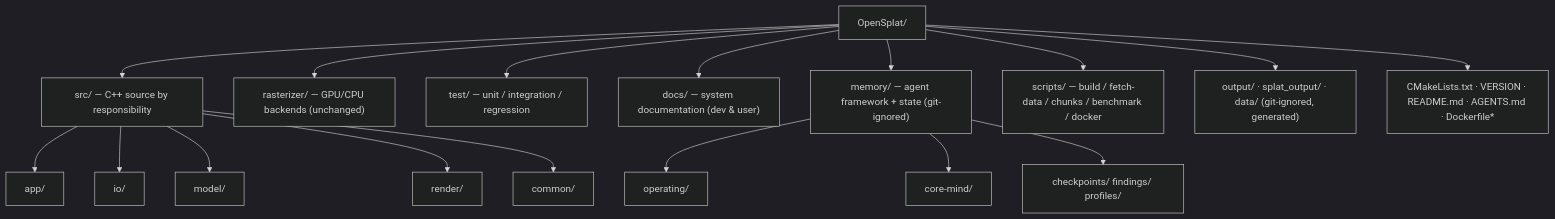
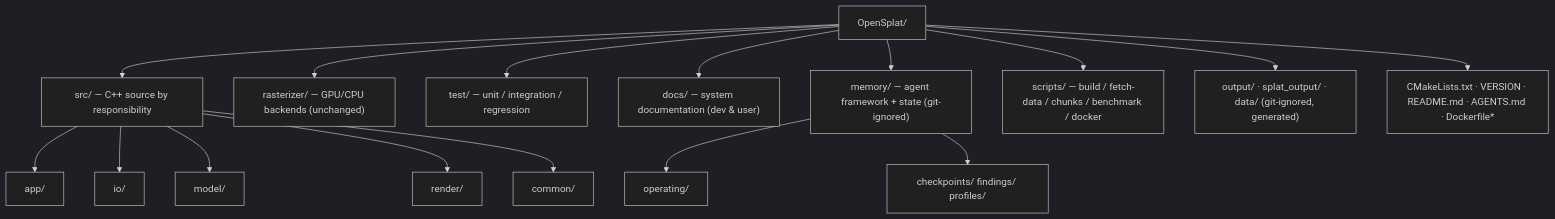
One commit to SeedeXR/OpenSplat changed the diagram in docs/repo_organization.md. Above: the diagram before and after it, drawn with Mermaid (dark theme). The commit also changed other lines of this file and 7 other files, not shown here.

````diff
--- a/docs/repo_organization.md
+++ b/docs/repo_organization.md
@@ -16,14 +16,14 @@
 ```mermaid
 flowchart TD
     ROOT["OpenSplat/"]
     ROOT --> SRC["src/ — C++ source by responsibility"]
     ROOT --> RAST["rasterizer/ — GPU/CPU backends (unchanged)"]
     ROOT --> TST["test/ — unit / integration / regression"]
     ROOT --> DOCS["docs/ — system documentation (dev & user)"]
     ROOT --> MEM["memory/ — agent framework + state (git-ignored)"]
     ROOT --> SCR["scripts/ — build / fetch-data / chunks / benchmark / docker"]
     ROOT --> GEN["output/ · splat_output/ · data/ (git-ignored, generated)"]
     ROOT --> CM["CMakeLists.txt · VERSION · README.md · AGENTS.md · Dockerfile*"]
     SRC --> APP["app/"] & IO["io/"] & MODEL["model/"] & RENDER["render/"] & COMMON["common/"]
-    MEM --> OP["operating/"] & CORE["core-mind/"] & CHK["checkpoints/ findings/ profiles/"]
+    MEM --> OP["operating/"] & CHK["checkpoints/ findings/ profiles/"]
 ```
````
